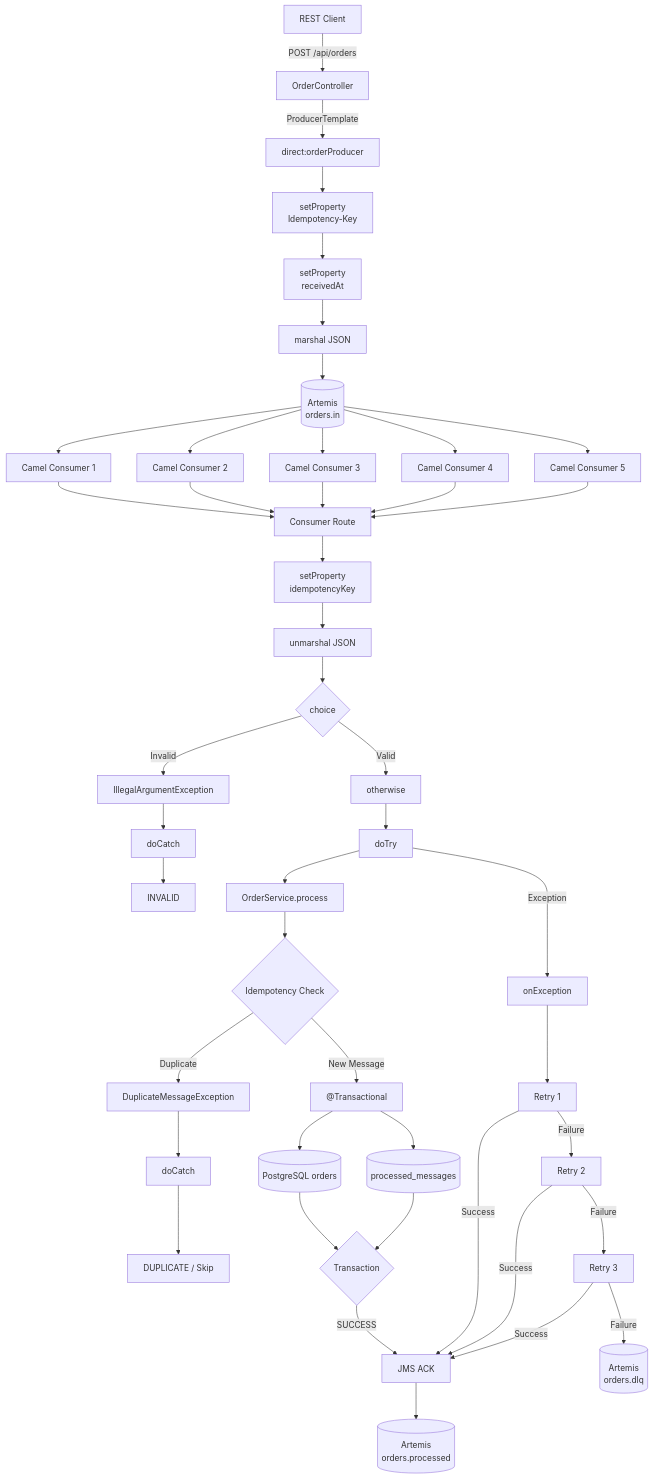
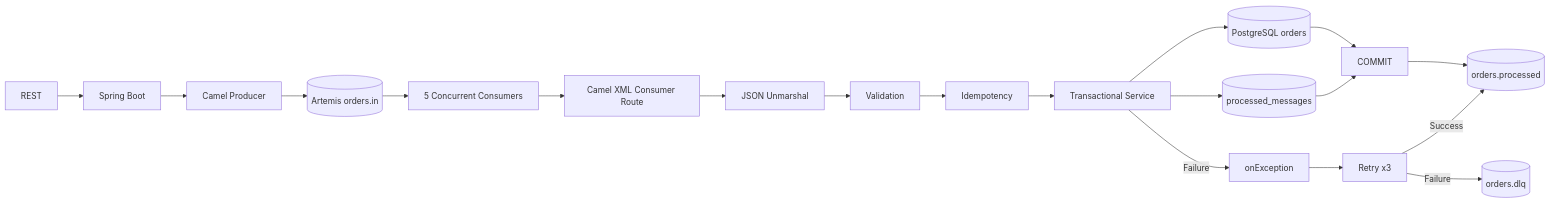
The ninth of 9 diagrams in README.md (kaushleshtripathi/spring-boot-camel-artemis-xml-dsl-postgresql), drawn with Mermaid before and after one commit. The commit also changed other lines of this file and 1 other file, not shown here.

````diff
--- a/README.md
+++ b/README.md
@@ -900,84 +758,24 @@
 ```mermaid
-flowchart TD
+flowchart LR
+    A["REST"] --> B["Spring Boot"]
+    B --> C["Camel Producer"]
+    C --> D[("Artemis orders.in")]
 
-    %% REST / PRODUCER
+    D --> E["5 Concurrent Consumers"]
+    E --> F["Camel XML Consumer Route"]
+    F --> G["JSON Unmarshal"]
+    G --> H["Validation"]
+    H --> I["Idempotency"]
+    I --> J["Transactional Service"]
 
-    A[REST Client] -->|POST /api/orders| B[OrderController]
+    J --> K[("PostgreSQL orders")]
+    J --> L[("processed_messages")]
+    K --> M["COMMIT"]
+    L --> M
+    M --> N[("orders.processed")]
 
-    B -->|ProducerTemplate| C[direct:orderProducer]
-
-    C --> D[setProperty<br/>Idempotency-Key]
-
-    D --> E[setProperty<br/>receivedAt]
-
-    E --> F[marshal JSON]
-
-    F --> G[(Artemis<br/>orders.in)]
-
-    %% CONSUMERS
-
-    G --> H1[Camel Consumer 1]
-    G --> H2[Camel Consumer 2]
-    G --> H3[Camel Consumer 3]
-    G --> H4[Camel Consumer 4]
-    G --> H5[Camel Consumer 5]
-
-    H1 --> I[Consumer Route]
-    H2 --> I
-    H3 --> I
-    H4 --> I
-    H5 --> I
-
-    %% TRANSFORMATION
-
-    I --> J[setProperty<br/>idempotencyKey]
-    J --> K[unmarshal JSON]
-    K --> L{choice}
-
-    %% VALIDATION
-
-    L -->|Invalid| M[IllegalArgumentException]
-    M --> N[doCatch]
-    N --> O[INVALID]
-
-    %% PROCESSING
-
-    L -->|Valid| P[otherwise]
-    P --> Q[doTry]
-    Q --> R[OrderService.process]
-
-    %% IDEMPOTENCY
-
-    R --> S{Idempotency Check}
-
-    S -->|Duplicate| T[DuplicateMessageException]
-    T --> U[doCatch]
-    U --> V[DUPLICATE / Skip]
-
-    S -->|New Message| W["@Transactional"]
-
-    %% DATABASE
-
-    W --> X[(PostgreSQL orders)]
-    W --> Y[(processed_messages)]
-
-    X --> Z{Transaction}
-    Y --> Z
-
-    Z -->|SUCCESS| AA[JMS ACK]
-    AA --> AB[(Artemis<br/>orders.processed)]
-
-    %% FAILURE
-
-    Q -->|Exception| AC[onException]
-
-    AC --> AD[Retry 1]
-    AD -->|Failure| AE[Retry 2]
-    AE -->|Failure| AF[Retry 3]
-
-    AD -->|Success| AA
-    AE -->|Success| AA
-    AF -->|Success| AA
-
-    AF -->|Failure| AG[(Artemis<br/>orders.dlq)]
+    J -->|Failure| O["onException"]
+    O --> P["Retry x3"]
+    P -->|Success| N
+    P -->|Failure| Q[("orders.dlq")]
 ```
````
